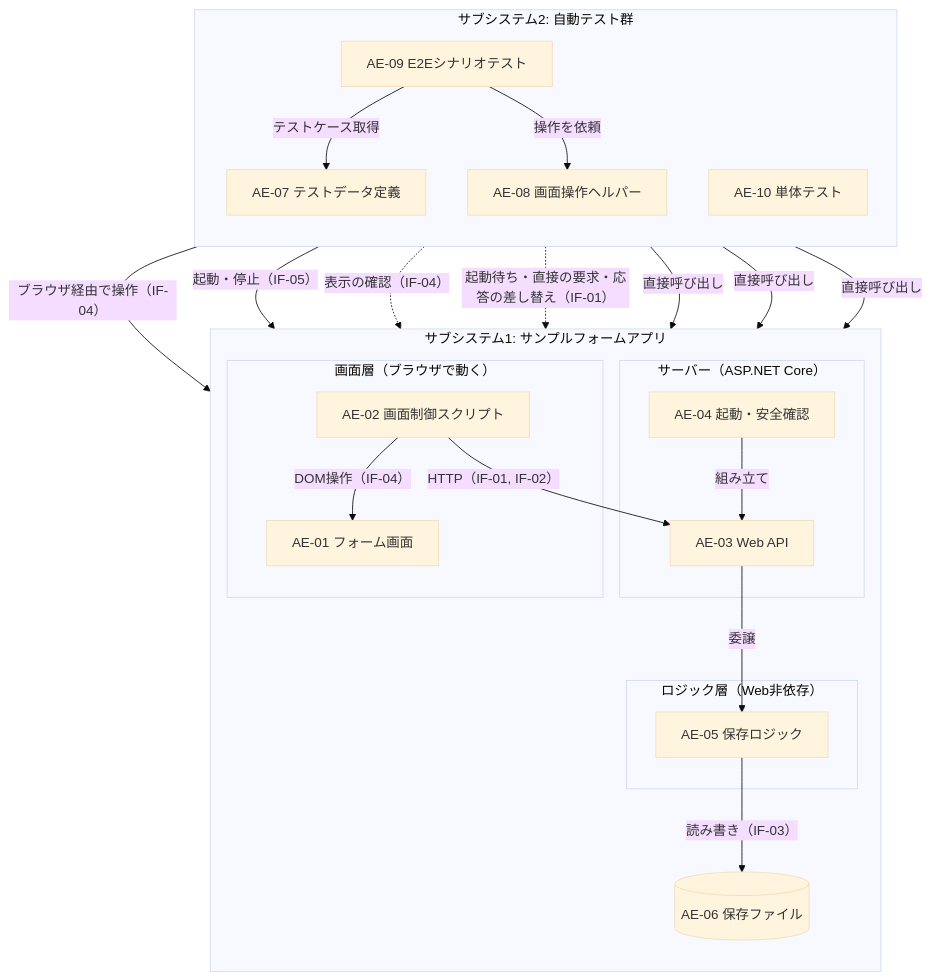
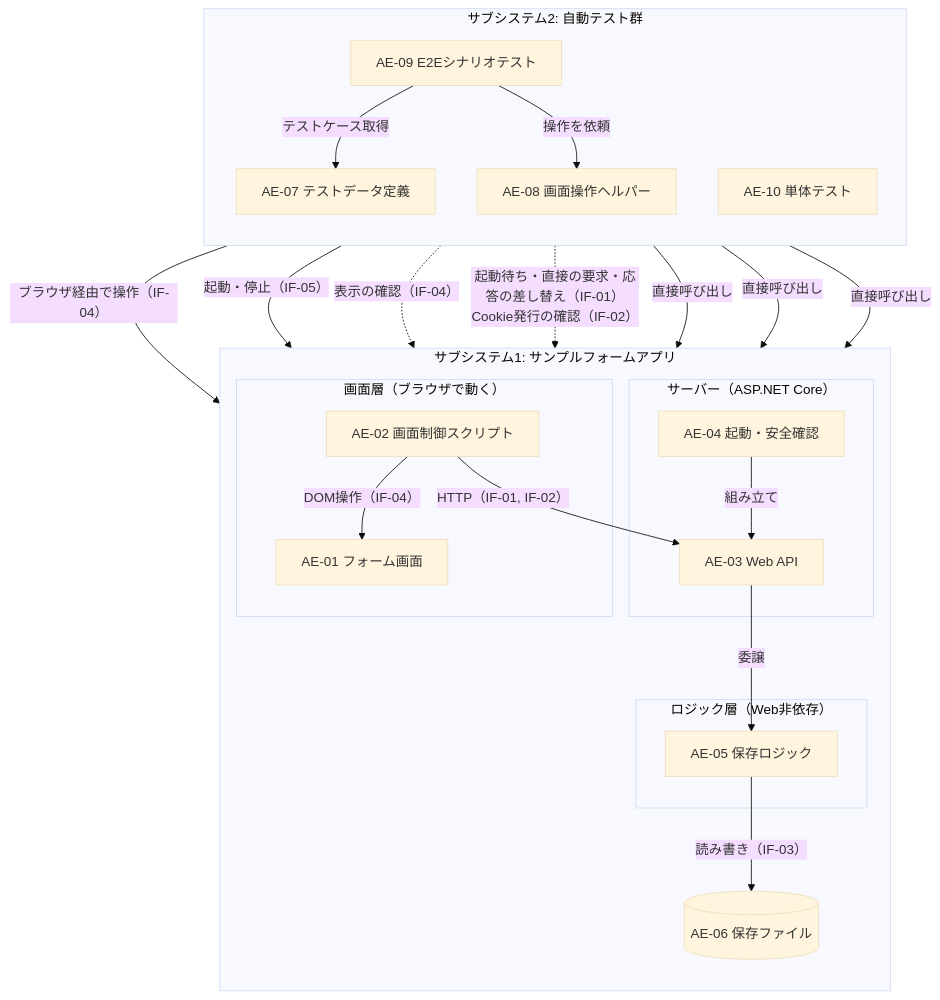
One commit to SanghunIm1991/learn-playwright-dotnet changed the second of 6 diagrams in docs/learning_samples/usdm_system_design/02_system_architecture.md. Above: the diagram before and after it, drawn with Mermaid (base theme). The commit also changed other lines of this file, not shown here.

````diff
--- a/docs/learning_samples/usdm_system_design/02_system_architecture.md
+++ b/docs/learning_samples/usdm_system_design/02_system_architecture.md
@@ -80,40 +80,40 @@
 ```mermaid
 flowchart TB
     subgraph SS1["サブシステム1: サンプルフォームアプリ"]
         direction TB
         subgraph FE["画面層（ブラウザで動く）"]
             AE01["AE-01 フォーム画面"]
             AE02["AE-02 画面制御スクリプト"]
         end
         subgraph BE["サーバー（ASP.NET Core）"]
             AE04["AE-04 起動・安全確認"]
             AE03["AE-03 Web API"]
         end
         subgraph LG["ロジック層（Web非依存）"]
             AE05["AE-05 保存ロジック"]
         end
         AE06[("AE-06 保存ファイル")]
     end
     subgraph SS2["サブシステム2: 自動テスト群"]
         direction TB
         AE09["AE-09 E2Eシナリオテスト"]
         AE07["AE-07 テストデータ定義"]
         AE08["AE-08 画面操作ヘルパー"]
         AE10["AE-10 単体テスト"]
     end
 
     AE02 -- "DOM操作（IF-04）" --> AE01
     AE02 -- "HTTP（IF-01, IF-02）" --> AE03
     AE04 -- "組み立て" --> AE03
     AE03 -- "委譲" --> AE05
     AE05 -- "読み書き（IF-03）" --> AE06
     AE09 -- "テストケース取得" --> AE07
     AE09 -- "操作を依頼" --> AE08
     AE08 -- "ブラウザ経由で操作（IF-04）" --> AE01
     AE09 -- "起動・停止（IF-05）" --> AE04
     AE09 -. "表示の確認（IF-04）" .-> AE01
-    AE09 -. "起動待ち・直接の要求・応答の差し替え（IF-01）" .-> AE03
+    AE09 -. "起動待ち・直接の要求・応答の差し替え（IF-01）<br/>Cookie発行の確認（IF-02）" .-> AE03
     AE10 -- "直接呼び出し" --> AE05
     AE10 -- "直接呼び出し" --> AE03
     AE10 -- "直接呼び出し" --> AE04
 ```
````
